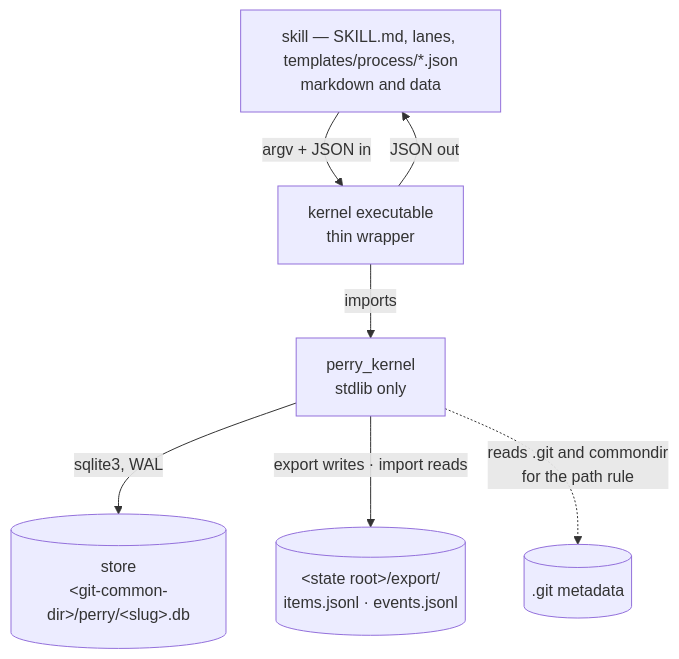
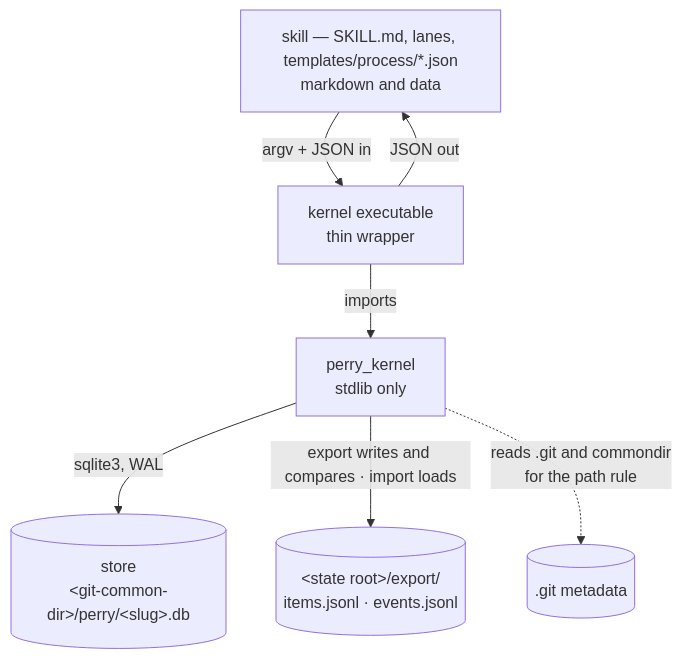
The first of 2 diagrams in kernel/ARCHITECTURE.md (ranjiao/Perry), drawn with Mermaid before and after one commit. The commit also changed other lines of this file, not shown here.

First line of the commit message:
docs(kernel): export's temp-file rule, the § 3 diagram, OQ-K4 (TASK-487 round 4)

````diff
--- a/kernel/ARCHITECTURE.md
+++ b/kernel/ARCHITECTURE.md
@@ -71,9 +71,9 @@
 ```mermaid
 flowchart TD
     Skill["skill — SKILL.md, lanes, templates/process/*.json<br/>markdown and data"] -->|"argv + JSON in"| CLI["kernel executable<br/>thin wrapper"]
     CLI -->|imports| Pkg["perry_kernel<br/>stdlib only"]
     Pkg -->|"sqlite3, WAL"| Store[("store<br/>&lt;git-common-dir&gt;/perry/&lt;slug&gt;.db")]
-    Pkg -->|"export writes · import reads"| Export[("&lt;state root&gt;/export/<br/>items.jsonl · events.jsonl")]
+    Pkg -->|"export writes and compares · import loads"| Export[("&lt;state root&gt;/export/<br/>items.jsonl · events.jsonl")]
     Pkg -.->|"reads .git and commondir<br/>for the path rule"| Git[(".git metadata")]
     CLI -->|"JSON out"| Skill
 ```
````
